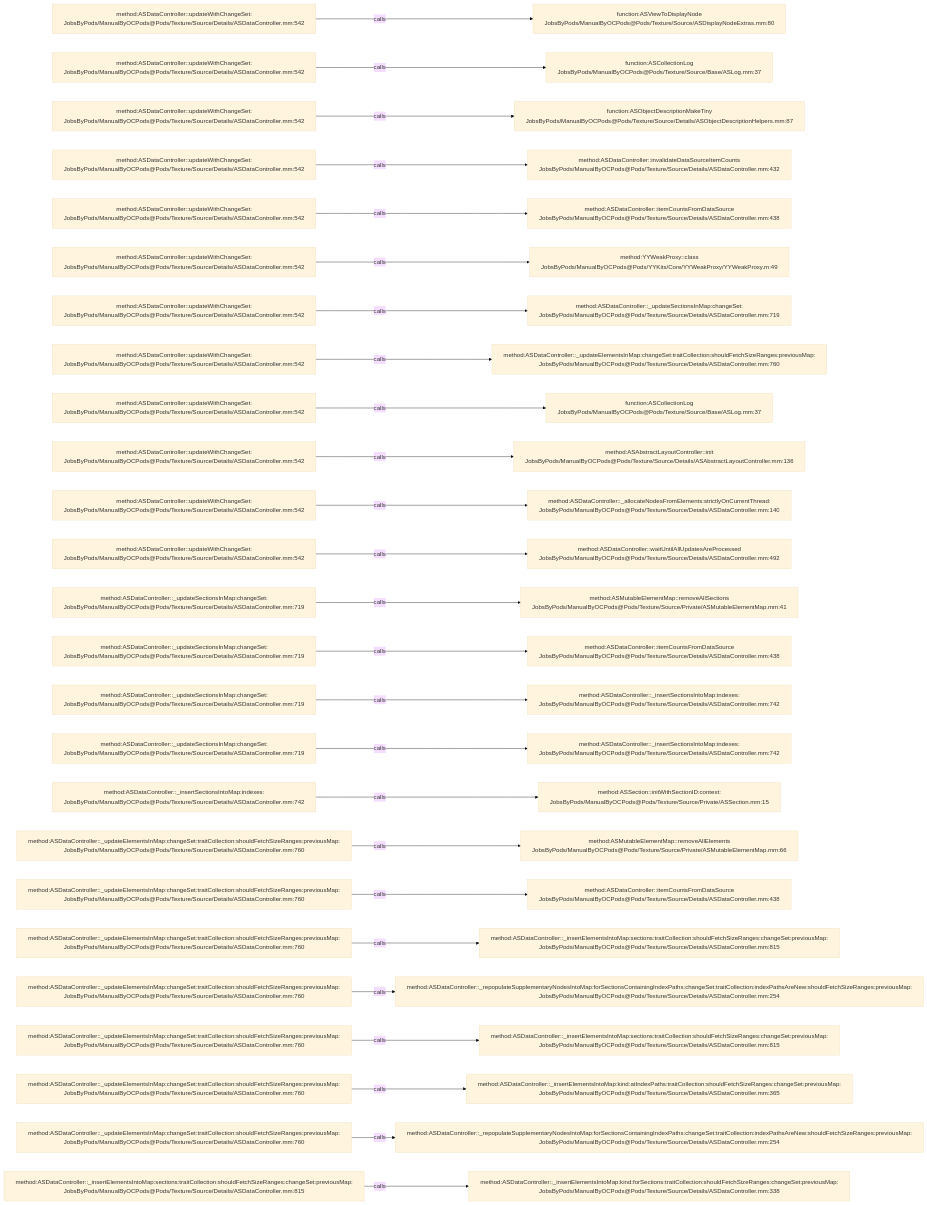
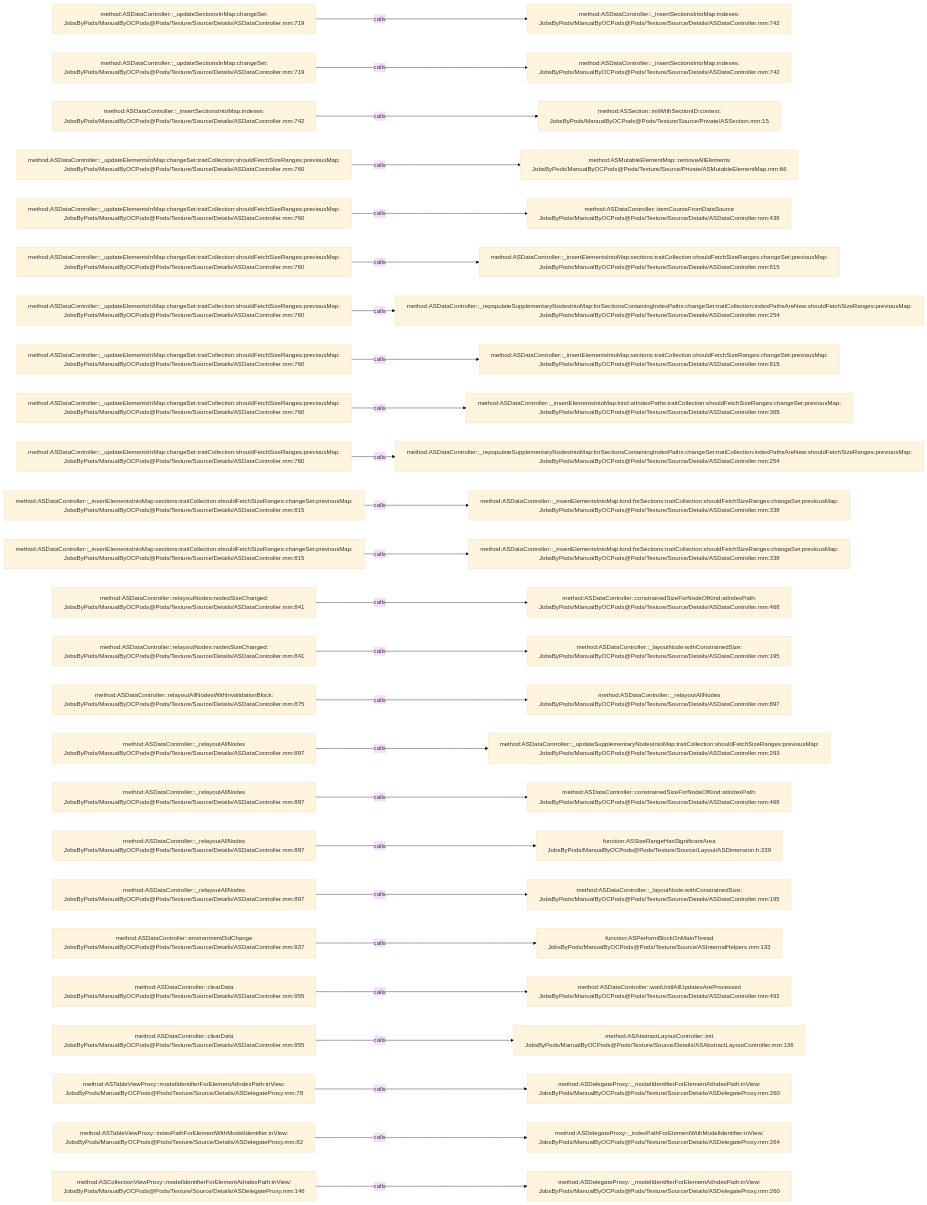
One commit to JobsKits/JobsOCBaseConfigDemo changed the diagram in .codegraph/codegraph.md/graphs/calls-157.md. Above: the diagram before and after it, drawn with Mermaid (base theme). The commit also changed 296 other files, not shown here.

````diff
--- a/.codegraph/codegraph.md/graphs/calls-157.md
+++ b/.codegraph/codegraph.md/graphs/calls-157.md
@@ -13,78 +13,78 @@
 ```mermaid
 flowchart LR
-  S1["method:ASDataController::updateWithChangeSet:<br/>JobsByPods/ManualByOCPods@Pods/Texture/Source/Details/ASDataController.mm:542"]
-  T1["function:ASViewToDisplayNode<br/>JobsByPods/ManualByOCPods@Pods/Texture/Source/ASDisplayNodeExtras.mm:80"]
+  S1["method:ASDataController::_updateSectionsInMap:changeSet:<br/>JobsByPods/ManualByOCPods@Pods/Texture/Source/Details/ASDataController.mm:719"]
+  T1["method:ASDataController::_insertSectionsIntoMap:indexes:<br/>JobsByPods/ManualByOCPods@Pods/Texture/Source/Details/ASDataController.mm:742"]
   S1 -->|calls| T1
-  S2["method:ASDataController::updateWithChangeSet:<br/>JobsByPods/ManualByOCPods@Pods/Texture/Source/Details/ASDataController.mm:542"]
-  T2["function:ASCollectionLog<br/>JobsByPods/ManualByOCPods@Pods/Texture/Source/Base/ASLog.mm:37"]
+  S2["method:ASDataController::_updateSectionsInMap:changeSet:<br/>JobsByPods/ManualByOCPods@Pods/Texture/Source/Details/ASDataController.mm:719"]
+  T2["method:ASDataController::_insertSectionsIntoMap:indexes:<br/>JobsByPods/ManualByOCPods@Pods/Texture/Source/Details/ASDataController.mm:742"]
   S2 -->|calls| T2
-  S3["method:ASDataController::updateWithChangeSet:<br/>JobsByPods/ManualByOCPods@Pods/Texture/Source/Details/ASDataController.mm:542"]
-  T3["function:ASObjectDescriptionMakeTiny<br/>JobsByPods/ManualByOCPods@Pods/Texture/Source/Details/ASObjectDescriptionHelpers.mm:87"]
+  S3["method:ASDataController::_insertSectionsIntoMap:indexes:<br/>JobsByPods/ManualByOCPods@Pods/Texture/Source/Details/ASDataController.mm:742"]
+  T3["method:ASSection::initWithSectionID:context:<br/>JobsByPods/ManualByOCPods@Pods/Texture/Source/Private/ASSection.mm:15"]
   S3 -->|calls| T3
-  S4["method:ASDataController::updateWithChangeSet:<br/>JobsByPods/ManualByOCPods@Pods/Texture/Source/Details/ASDataController.mm:542"]
-  T4["method:ASDataController::invalidateDataSourceItemCounts<br/>JobsByPods/ManualByOCPods@Pods/Texture/Source/Details/ASDataController.mm:432"]
+  S4["method:ASDataController::_updateElementsInMap:changeSet:traitCollection:shouldFetchSizeRanges:previousMap:<br/>JobsByPods/ManualByOCPods@Pods/Texture/Source/Details/ASDataController.mm:760"]
+  T4["method:ASMutableElementMap::removeAllElements<br/>JobsByPods/ManualByOCPods@Pods/Texture/Source/Private/ASMutableElementMap.mm:66"]
   S4 -->|calls| T4
-  S5["method:ASDataController::updateWithChangeSet:<br/>JobsByPods/ManualByOCPods@Pods/Texture/Source/Details/ASDataController.mm:542"]
+  S5["method:ASDataController::_updateElementsInMap:changeSet:traitCollection:shouldFetchSizeRanges:previousMap:<br/>JobsByPods/ManualByOCPods@Pods/Texture/Source/Details/ASDataController.mm:760"]
   T5["method:ASDataController::itemCountsFromDataSource<br/>JobsByPods/ManualByOCPods@Pods/Texture/Source/Details/ASDataController.mm:438"]
   S5 -->|calls| T5
-  S6["method:ASDataController::updateWithChangeSet:<br/>JobsByPods/ManualByOCPods@Pods/Texture/Source/Details/ASDataController.mm:542"]
-  T6["method:YYWeakProxy::class<br/>JobsByPods/ManualByOCPods@Pods/YYKits/Core/YYWeakProxy/YYWeakProxy.m:49"]
+  S6["method:ASDataController::_updateElementsInMap:changeSet:traitCollection:shouldFetchSizeRanges:previousMap:<br/>JobsByPods/ManualByOCPods@Pods/Texture/Source/Details/ASDataController.mm:760"]
+  T6["method:ASDataController::_insertElementsIntoMap:sections:traitCollection:shouldFetchSizeRanges:changeSet:previousMap:<br/>JobsByPods/ManualByOCPods@Pods/Texture/Source/Details/ASDataController.mm:815"]
   S6 -->|calls| T6
-  S7["method:ASDataController::updateWithChangeSet:<br/>JobsByPods/ManualByOCPods@Pods/Texture/Source/Details/ASDataController.mm:542"]
-  T7["method:ASDataController::_updateSectionsInMap:changeSet:<br/>JobsByPods/ManualByOCPods@Pods/Texture/Source/Details/ASDataController.mm:719"]
+  S7["method:ASDataController::_updateElementsInMap:changeSet:traitCollection:shouldFetchSizeRanges:previousMap:<br/>JobsByPods/ManualByOCPods@Pods/Texture/Source/Details/ASDataController.mm:760"]
+  T7["method:ASDataController::_repopulateSupplementaryNodesIntoMap:forSectionsContainingIndexPaths:changeSet:traitCollection:indexPathsAreNew:shouldFetchSizeRanges:previousMap:<br/>JobsByPods/ManualByOCPods@Pods/Texture/Source/Details/ASDataController.mm:254"]
   S7 -->|calls| T7
-  S8["method:ASDataController::updateWithChangeSet:<br/>JobsByPods/ManualByOCPods@Pods/Texture/Source/Details/ASDataController.mm:542"]
-  T8["method:ASDataController::_updateElementsInMap:changeSet:traitCollection:shouldFetchSizeRanges:previousMap:<br/>JobsByPods/ManualByOCPods@Pods/Texture/Source/Details/ASDataController.mm:760"]
+  S8["method:ASDataController::_updateElementsInMap:changeSet:traitCollection:shouldFetchSizeRanges:previousMap:<br/>JobsByPods/ManualByOCPods@Pods/Texture/Source/Details/ASDataController.mm:760"]
+  T8["method:ASDataController::_insertElementsIntoMap:sections:traitCollection:shouldFetchSizeRanges:changeSet:previousMap:<br/>JobsByPods/ManualByOCPods@Pods/Texture/Source/Details/ASDataController.mm:815"]
   S8 -->|calls| T8
-  S9["method:ASDataController::updateWithChangeSet:<br/>JobsByPods/ManualByOCPods@Pods/Texture/Source/Details/ASDataController.mm:542"]
-  T9["function:ASCollectionLog<br/>JobsByPods/ManualByOCPods@Pods/Texture/Source/Base/ASLog.mm:37"]
+  S9["method:ASDataController::_updateElementsInMap:changeSet:traitCollection:shouldFetchSizeRanges:previousMap:<br/>JobsByPods/ManualByOCPods@Pods/Texture/Source/Details/ASDataController.mm:760"]
+  T9["method:ASDataController::_insertElementsIntoMap:kind:atIndexPaths:traitCollection:shouldFetchSizeRanges:changeSet:previousMap:<br/>JobsByPods/ManualByOCPods@Pods/Texture/Source/Details/ASDataController.mm:365"]
   S9 -->|calls| T9
-  S10["method:ASDataController::updateWithChangeSet:<br/>JobsByPods/ManualByOCPods@Pods/Texture/Source/Details/ASDataController.mm:542"]
-  T10["method:ASAbstractLayoutController::init<br/>JobsByPods/ManualByOCPods@Pods/Texture/Source/Details/ASAbstractLayoutController.mm:136"]
+  S10["method:ASDataController::_updateElementsInMap:changeSet:traitCollection:shouldFetchSizeRanges:previousMap:<br/>JobsByPods/ManualByOCPods@Pods/Texture/Source/Details/ASDataController.mm:760"]
+  T10["method:ASDataController::_repopulateSupplementaryNodesIntoMap:forSectionsContainingIndexPaths:changeSet:traitCollection:indexPathsAreNew:shouldFetchSizeRanges:previousMap:<br/>JobsByPods/ManualByOCPods@Pods/Texture/Source/Details/ASDataController.mm:254"]
   S10 -->|calls| T10
-  S11["method:ASDataController::updateWithChangeSet:<br/>JobsByPods/ManualByOCPods@Pods/Texture/Source/Details/ASDataController.mm:542"]
-  T11["method:ASDataController::_allocateNodesFromElements:strictlyOnCurrentThread:<br/>JobsByPods/ManualByOCPods@Pods/Texture/Source/Details/ASDataController.mm:140"]
+  S11["method:ASDataController::_insertElementsIntoMap:sections:traitCollection:shouldFetchSizeRanges:changeSet:previousMap:<br/>JobsByPods/ManualByOCPods@Pods/Texture/Source/Details/ASDataController.mm:815"]
+  T11["method:ASDataController::_insertElementsIntoMap:kind:forSections:traitCollection:shouldFetchSizeRanges:changeSet:previousMap:<br/>JobsByPods/ManualByOCPods@Pods/Texture/Source/Details/ASDataController.mm:338"]
   S11 -->|calls| T11
-  S12["method:ASDataController::updateWithChangeSet:<br/>JobsByPods/ManualByOCPods@Pods/Texture/Source/Details/ASDataController.mm:542"]
-  T12["method:ASDataController::waitUntilAllUpdatesAreProcessed<br/>JobsByPods/ManualByOCPods@Pods/Texture/Source/Details/ASDataController.mm:492"]
+  S12["method:ASDataController::_insertElementsIntoMap:sections:traitCollection:shouldFetchSizeRanges:changeSet:previousMap:<br/>JobsByPods/ManualByOCPods@Pods/Texture/Source/Details/ASDataController.mm:815"]
+  T12["method:ASDataController::_insertElementsIntoMap:kind:forSections:traitCollection:shouldFetchSizeRanges:changeSet:previousMap:<br/>JobsByPods/ManualByOCPods@Pods/Texture/Source/Details/ASDataController.mm:338"]
   S12 -->|calls| T12
-  S13["method:ASDataController::_updateSectionsInMap:changeSet:<br/>JobsByPods/ManualByOCPods@Pods/Texture/Source/Details/ASDataController.mm:719"]
-  T13["method:ASMutableElementMap::removeAllSections<br/>JobsByPods/ManualByOCPods@Pods/Texture/Source/Private/ASMutableElementMap.mm:41"]
+  S13["method:ASDataController::relayoutNodes:nodesSizeChanged:<br/>JobsByPods/ManualByOCPods@Pods/Texture/Source/Details/ASDataController.mm:841"]
+  T13["method:ASDataController::constrainedSizeForNodeOfKind:atIndexPath:<br/>JobsByPods/ManualByOCPods@Pods/Texture/Source/Details/ASDataController.mm:468"]
   S13 -->|calls| T13
-  S14["method:ASDataController::_updateSectionsInMap:changeSet:<br/>JobsByPods/ManualByOCPods@Pods/Texture/Source/Details/ASDataController.mm:719"]
-  T14["method:ASDataController::itemCountsFromDataSource<br/>JobsByPods/ManualByOCPods@Pods/Texture/Source/Details/ASDataController.mm:438"]
+  S14["method:ASDataController::relayoutNodes:nodesSizeChanged:<br/>JobsByPods/ManualByOCPods@Pods/Texture/Source/Details/ASDataController.mm:841"]
+  T14["method:ASDataController::_layoutNode:withConstrainedSize:<br/>JobsByPods/ManualByOCPods@Pods/Texture/Source/Details/ASDataController.mm:195"]
   S14 -->|calls| T14
-  S15["method:ASDataController::_updateSectionsInMap:changeSet:<br/>JobsByPods/ManualByOCPods@Pods/Texture/Source/Details/ASDataController.mm:719"]
-  T15["method:ASDataController::_insertSectionsIntoMap:indexes:<br/>JobsByPods/ManualByOCPods@Pods/Texture/Source/Details/ASDataController.mm:742"]
+  S15["method:ASDataController::relayoutAllNodesWithInvalidationBlock:<br/>JobsByPods/ManualByOCPods@Pods/Texture/Source/Details/ASDataController.mm:875"]
+  T15["method:ASDataController::_relayoutAllNodes<br/>JobsByPods/ManualByOCPods@Pods/Texture/Source/Details/ASDataController.mm:897"]
   S15 -->|calls| T15
-  S16["method:ASDataController::_updateSectionsInMap:changeSet:<br/>JobsByPods/ManualByOCPods@Pods/Texture/Source/Details/ASDataController.mm:719"]
-  T16["method:ASDataController::_insertSectionsIntoMap:indexes:<br/>JobsByPods/ManualByOCPods@Pods/Texture/Source/Details/ASDataController.mm:742"]
+  S16["method:ASDataController::_relayoutAllNodes<br/>JobsByPods/ManualByOCPods@Pods/Texture/Source/Details/ASDataController.mm:897"]
+  T16["method:ASDataController::_updateSupplementaryNodesIntoMap:traitCollection:shouldFetchSizeRanges:previousMap:<br/>JobsByPods/ManualByOCPods@Pods/Texture/Source/Details/ASDataController.mm:293"]
   S16 -->|calls| T16
-  S17["method:ASDataController::_insertSectionsIntoMap:indexes:<br/>JobsByPods/ManualByOCPods@Pods/Texture/Source/Details/ASDataController.mm:742"]
-  T17["method:ASSection::initWithSectionID:context:<br/>JobsByPods/ManualByOCPods@Pods/Texture/Source/Private/ASSection.mm:15"]
+  S17["method:ASDataController::_relayoutAllNodes<br/>JobsByPods/ManualByOCPods@Pods/Texture/Source/Details/ASDataController.mm:897"]
+  T17["method:ASDataController::constrainedSizeForNodeOfKind:atIndexPath:<br/>JobsByPods/ManualByOCPods@Pods/Texture/Source/Details/ASDataController.mm:468"]
   S17 -->|calls| T17
-  S18["method:ASDataController::_updateElementsInMap:changeSet:traitCollection:shouldFetchSizeRanges:previousMap:<br/>JobsByPods/ManualByOCPods@Pods/Texture/Source/Details/ASDataController.mm:760"]
-  T18["method:ASMutableElementMap::removeAllElements<br/>JobsByPods/ManualByOCPods@Pods/Texture/Source/Private/ASMutableElementMap.mm:66"]
+  S18["method:ASDataController::_relayoutAllNodes<br/>JobsByPods/ManualByOCPods@Pods/Texture/Source/Details/ASDataController.mm:897"]
+  T18["function:ASSizeRangeHasSignificantArea<br/>JobsByPods/ManualByOCPods@Pods/Texture/Source/Layout/ASDimension.h:239"]
   S18 -->|calls| T18
-  S19["method:ASDataController::_updateElementsInMap:changeSet:traitCollection:shouldFetchSizeRanges:previousMap:<br/>JobsByPods/ManualByOCPods@Pods/Texture/Source/Details/ASDataController.mm:760"]
-  T19["method:ASDataController::itemCountsFromDataSource<br/>JobsByPods/ManualByOCPods@Pods/Texture/Source/Details/ASDataController.mm:438"]
+  S19["method:ASDataController::_relayoutAllNodes<br/>JobsByPods/ManualByOCPods@Pods/Texture/Source/Details/ASDataController.mm:897"]
+  T19["method:ASDataController::_layoutNode:withConstrainedSize:<br/>JobsByPods/ManualByOCPods@Pods/Texture/Source/Details/ASDataController.mm:195"]
   S19 -->|calls| T19
-  S20["method:ASDataController::_updateElementsInMap:changeSet:traitCollection:shouldFetchSizeRanges:previousMap:<br/>JobsByPods/ManualByOCPods@Pods/Texture/Source/Details/ASDataController.mm:760"]
-  T20["method:ASDataController::_insertElementsIntoMap:sections:traitCollection:shouldFetchSizeRanges:changeSet:previousMap:<br/>JobsByPods/ManualByOCPods@Pods/Texture/Source/Details/ASDataController.mm:815"]
+  S20["method:ASDataController::environmentDidChange<br/>JobsByPods/ManualByOCPods@Pods/Texture/Source/Details/ASDataController.mm:937"]
+  T20["function:ASPerformBlockOnMainThread<br/>JobsByPods/ManualByOCPods@Pods/Texture/Source/ASInternalHelpers.mm:133"]
   S20 -->|calls| T20
-  S21["method:ASDataController::_updateElementsInMap:changeSet:traitCollection:shouldFetchSizeRanges:previousMap:<br/>JobsByPods/ManualByOCPods@Pods/Texture/Source/Details/ASDataController.mm:760"]
-  T21["method:ASDataController::_repopulateSupplementaryNodesIntoMap:forSectionsContainingIndexPaths:changeSet:traitCollection:indexPathsAreNew:shouldFetchSizeRanges:previousMap:<br/>JobsByPods/ManualByOCPods@Pods/Texture/Source/Details/ASDataController.mm:254"]
+  S21["method:ASDataController::clearData<br/>JobsByPods/ManualByOCPods@Pods/Texture/Source/Details/ASDataController.mm:955"]
+  T21["method:ASDataController::waitUntilAllUpdatesAreProcessed<br/>JobsByPods/ManualByOCPods@Pods/Texture/Source/Details/ASDataController.mm:492"]
   S21 -->|calls| T21
-  S22["method:ASDataController::_updateElementsInMap:changeSet:traitCollection:shouldFetchSizeRanges:previousMap:<br/>JobsByPods/ManualByOCPods@Pods/Texture/Source/Details/ASDataController.mm:760"]
-  T22["method:ASDataController::_insertElementsIntoMap:sections:traitCollection:shouldFetchSizeRanges:changeSet:previousMap:<br/>JobsByPods/ManualByOCPods@Pods/Texture/Source/Details/ASDataController.mm:815"]
+  S22["method:ASDataController::clearData<br/>JobsByPods/ManualByOCPods@Pods/Texture/Source/Details/ASDataController.mm:955"]
+  T22["method:ASAbstractLayoutController::init<br/>JobsByPods/ManualByOCPods@Pods/Texture/Source/Details/ASAbstractLayoutController.mm:136"]
   S22 -->|calls| T22
-  S23["method:ASDataController::_updateElementsInMap:changeSet:traitCollection:shouldFetchSizeRanges:previousMap:<br/>JobsByPods/ManualByOCPods@Pods/Texture/Source/Details/ASDataController.mm:760"]
-  T23["method:ASDataController::_insertElementsIntoMap:kind:atIndexPaths:traitCollection:shouldFetchSizeRanges:changeSet:previousMap:<br/>JobsByPods/ManualByOCPods@Pods/Texture/Source/Details/ASDataController.mm:365"]
+  S23["method:ASTableViewProxy::modelIdentifierForElementAtIndexPath:inView:<br/>JobsByPods/ManualByOCPods@Pods/Texture/Source/Details/ASDelegateProxy.mm:78"]
+  T23["method:ASDelegateProxy::_modelIdentifierForElementAtIndexPath:inView:<br/>JobsByPods/ManualByOCPods@Pods/Texture/Source/Details/ASDelegateProxy.mm:260"]
   S23 -->|calls| T23
-  S24["method:ASDataController::_updateElementsInMap:changeSet:traitCollection:shouldFetchSizeRanges:previousMap:<br/>JobsByPods/ManualByOCPods@Pods/Texture/Source/Details/ASDataController.mm:760"]
-  T24["method:ASDataController::_repopulateSupplementaryNodesIntoMap:forSectionsContainingIndexPaths:changeSet:traitCollection:indexPathsAreNew:shouldFetchSizeRanges:previousMap:<br/>JobsByPods/ManualByOCPods@Pods/Texture/Source/Details/ASDataController.mm:254"]
+  S24["method:ASTableViewProxy::indexPathForElementWithModelIdentifier:inView:<br/>JobsByPods/ManualByOCPods@Pods/Texture/Source/Details/ASDelegateProxy.mm:82"]
+  T24["method:ASDelegateProxy::_indexPathForElementWithModelIdentifier:inView:<br/>JobsByPods/ManualByOCPods@Pods/Texture/Source/Details/ASDelegateProxy.mm:264"]
   S24 -->|calls| T24
-  S25["method:ASDataController::_insertElementsIntoMap:sections:traitCollection:shouldFetchSizeRanges:changeSet:previousMap:<br/>JobsByPods/ManualByOCPods@Pods/Texture/Source/Details/ASDataController.mm:815"]
-  T25["method:ASDataController::_insertElementsIntoMap:kind:forSections:traitCollection:shouldFetchSizeRanges:changeSet:previousMap:<br/>JobsByPods/ManualByOCPods@Pods/Texture/Source/Details/ASDataController.mm:338"]
+  S25["method:ASCollectionViewProxy::modelIdentifierForElementAtIndexPath:inView:<br/>JobsByPods/ManualByOCPods@Pods/Texture/Source/Details/ASDelegateProxy.mm:146"]
+  T25["method:ASDelegateProxy::_modelIdentifierForElementAtIndexPath:inView:<br/>JobsByPods/ManualByOCPods@Pods/Texture/Source/Details/ASDelegateProxy.mm:260"]
   S25 -->|calls| T25
 ```
````
